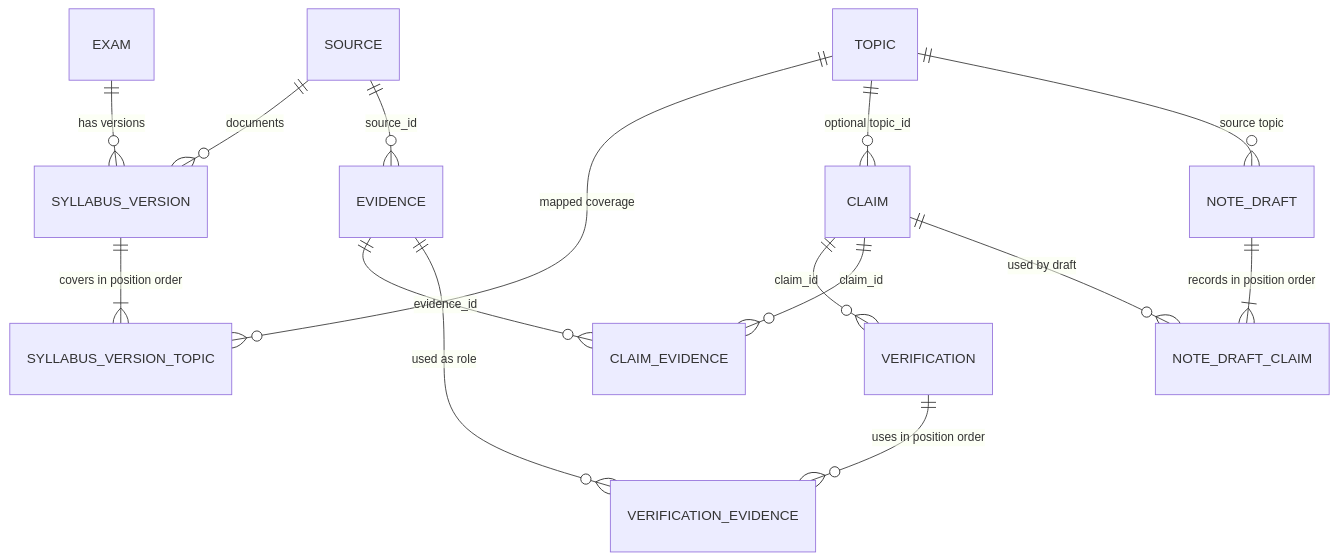
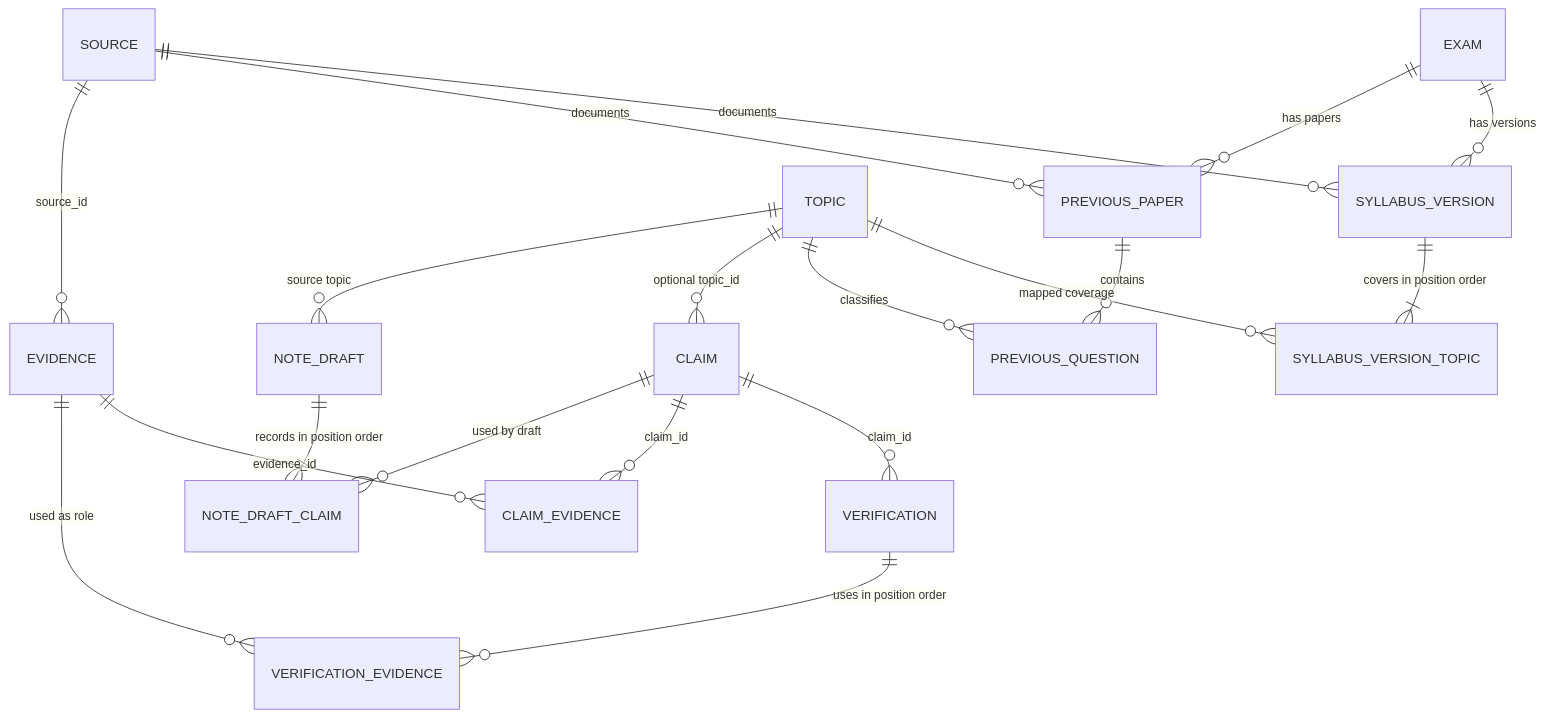
The second of 3 diagrams in docs/architecture.md (Dyuti60/assam-exam-ai), drawn with Mermaid before and after one commit. The commit also changed other lines of this file and 13 other files, not shown here.

Commit message:
feat: add sourced previous-paper questions

````diff
--- a/docs/architecture.md
+++ b/docs/architecture.md
@@ -52,17 +52,21 @@
 ```mermaid
 erDiagram
     EXAM ||--o{ SYLLABUS_VERSION : "has versions"
     SOURCE ||--o{ SYLLABUS_VERSION : "documents"
     SYLLABUS_VERSION ||--|{ SYLLABUS_VERSION_TOPIC : "covers in position order"
     TOPIC ||--o{ SYLLABUS_VERSION_TOPIC : "mapped coverage"
+    EXAM ||--o{ PREVIOUS_PAPER : "has papers"
+    SOURCE ||--o{ PREVIOUS_PAPER : "documents"
+    PREVIOUS_PAPER ||--o{ PREVIOUS_QUESTION : "contains"
+    TOPIC ||--o{ PREVIOUS_QUESTION : "classifies"
     TOPIC ||--o{ CLAIM : "optional topic_id"
     SOURCE ||--o{ EVIDENCE : "source_id"
     CLAIM ||--o{ VERIFICATION : "claim_id"
     CLAIM ||--o{ CLAIM_EVIDENCE : "claim_id"
     EVIDENCE ||--o{ CLAIM_EVIDENCE : "evidence_id"
     VERIFICATION ||--o{ VERIFICATION_EVIDENCE : "uses in position order"
     EVIDENCE ||--o{ VERIFICATION_EVIDENCE : "used as role"
     TOPIC ||--o{ NOTE_DRAFT : "source topic"
     NOTE_DRAFT ||--|{ NOTE_DRAFT_CLAIM : "records in position order"
     CLAIM ||--o{ NOTE_DRAFT_CLAIM : "used by draft"
 ```
````
